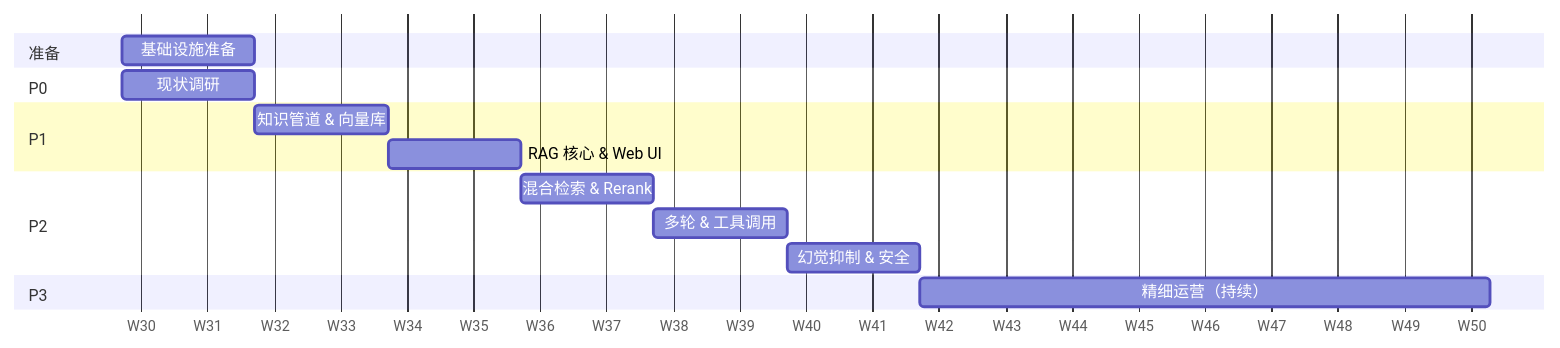
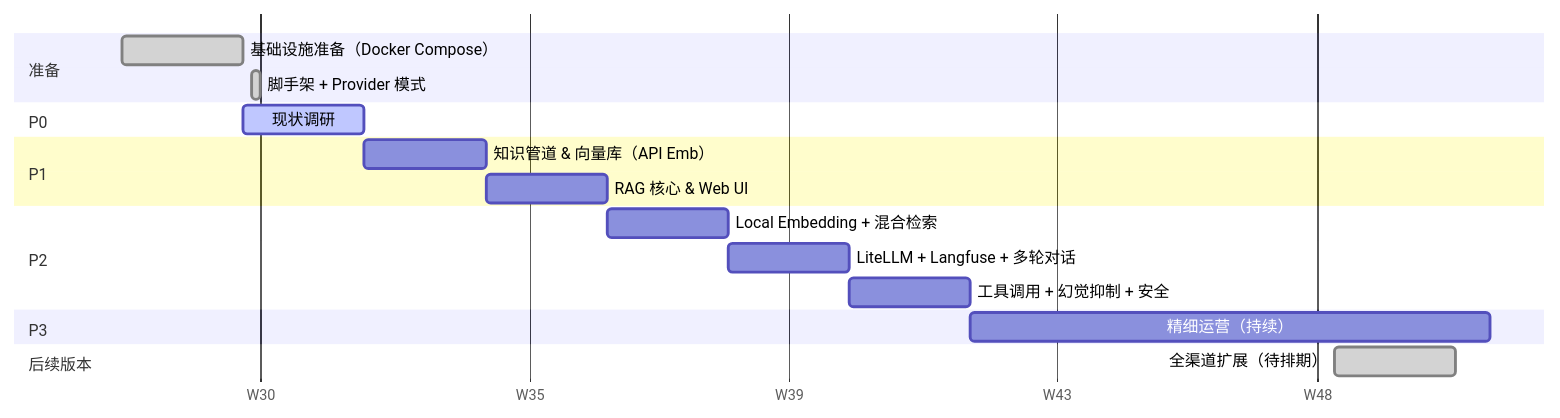
Before and after one commit to meteorion/verity: the first of 2 diagrams in doc/plan.md, drawn with Mermaid. The commit also changed other lines of this file and 88 other files, not shown here.

````diff
--- a/doc/plan.md
+++ b/doc/plan.md
@@ -26,18 +26,21 @@
 ```mermaid
 gantt
     dateFormat  YYYY-MM-DD
     axisFormat  W%W
     section 准备
-    基础设施准备        :infra,  2026-07-31, 14d
+    基础设施准备（Docker Compose）  :done, infra,  2026-07-16, 14d
+    脚手架 + Provider 模式           :done, scaffold, 2026-07-31, 1d
     section P0
-    现状调研            :p0,     2026-07-31, 14d
+    现状调研                         :active, p0, 2026-07-30, 14d
     section P1
-    知识管道 & 向量库   :p1a,    after p0,   14d
-    RAG 核心 & Web UI   :p1b,    after p1a,  14d
+    知识管道 & 向量库（API Emb）     :p1a,    2026-08-13, 14d
+    RAG 核心 & Web UI                :p1b,    after p1a,  14d
     section P2
-    混合检索 & Rerank   :p2a,    after p1b,  14d
-    多轮 & 工具调用     :p2b,    after p2a,  14d
-    幻觉抑制 & 安全     :p2c,    after p2b,  14d
+    Local Embedding + 混合检索       :p2a,    2026-09-10, 14d
+    LiteLLM + Langfuse + 多轮对话    :p2b,    after p2a,  14d
+    工具调用 + 幻觉抑制 + 安全       :p2c,    after p2b,  14d
     section P3
-    精细运营（持续）    :p3,     after p2c,  60d
+    精细运营（持续）                 :p3,     2026-10-22, 60d
+    section 后续版本
+    全渠道扩展（待排期）             :done,   p4,  2026-12-03, 14d
 ```
````
